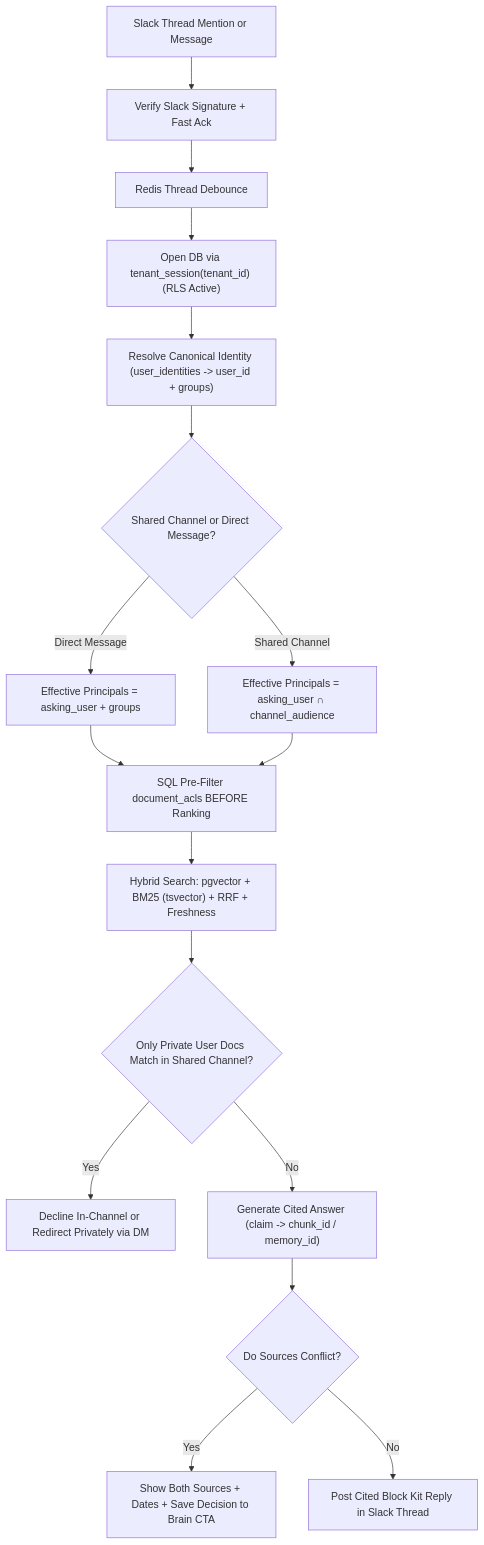
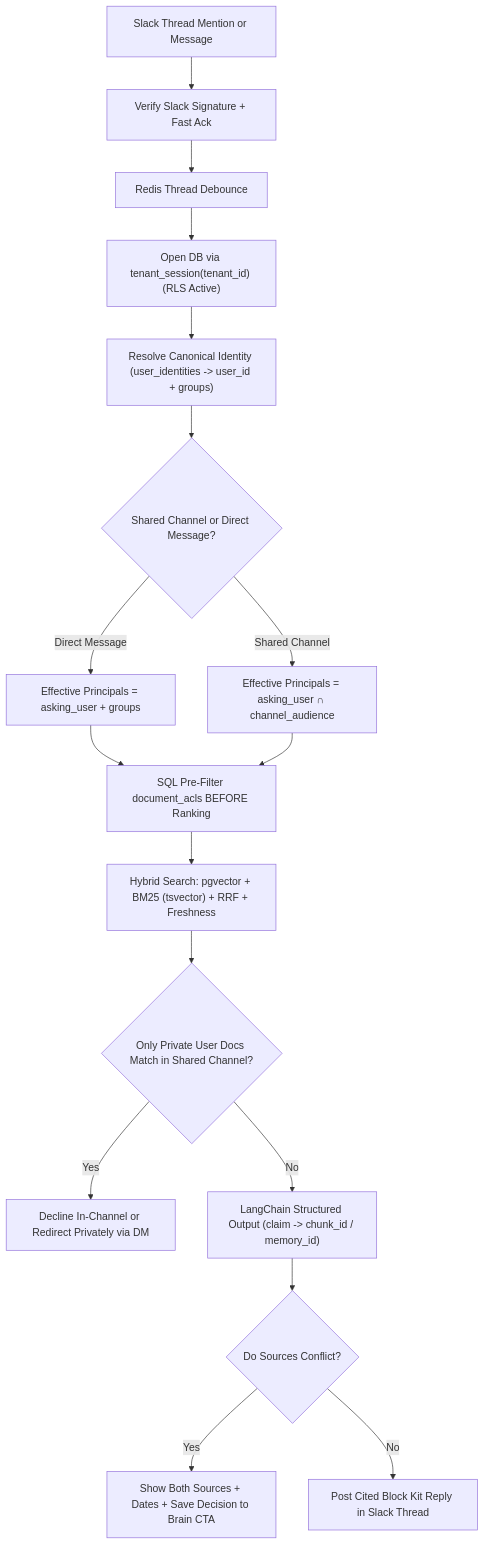
The third of 5 diagrams in .cursor/plans/architecture-diagrams.md (raghulchandramouli/ceo), drawn with Mermaid before and after one commit. The commit also changed other lines of this file and 10 other files, not shown here.

First line of the commit message:
Record LangChain as the agent runtime and lock the import layers.

````diff
--- a/.cursor/plans/architecture-diagrams.md
+++ b/.cursor/plans/architecture-diagrams.md
@@ -148,23 +148,23 @@
 ```mermaid
 flowchart TD
   Inbound["Slack Thread Mention or Message"] --> Verify["Verify Slack Signature + Fast Ack"]
   Verify --> Debounce["Redis Thread Debounce"]
   Debounce --> Session["Open DB via tenant_session(tenant_id) (RLS Active)"]
   Session --> Resolve["Resolve Canonical Identity (user_identities -> user_id + groups)"]
   Resolve --> ScopeCheck{"Shared Channel or Direct Message?"}
 
   ScopeCheck -->|"Direct Message"| UserPrincipals["Effective Principals = asking_user + groups"]
   ScopeCheck -->|"Shared Channel"| Intersect["Effective Principals = asking_user ∩ channel_audience"]
 
   UserPrincipals --> PreFilter["SQL Pre-Filter document_acls BEFORE Ranking"]
   Intersect --> PreFilter
 
   PreFilter --> Hybrid["Hybrid Search: pgvector + BM25 (tsvector) + RRF + Freshness"]
   Hybrid --> PrivateHit{"Only Private User Docs Match in Shared Channel?"}
 
   PrivateHit -->|"Yes"| DMRedirect["Decline In-Channel or Redirect Privately via DM"]
-  PrivateHit -->|"No"| Synthesize["Generate Cited Answer (claim -> chunk_id / memory_id)"]
+  PrivateHit -->|"No"| Synthesize["LangChain Structured Output (claim -> chunk_id / memory_id)"]
   Synthesize --> Conflict{"Do Sources Conflict?"}
   Conflict -->|"Yes"| SurfaceConflict["Show Both Sources + Dates + Save Decision to Brain CTA"]
   Conflict -->|"No"| Reply["Post Cited Block Kit Reply in Slack Thread"]
 ```
````
